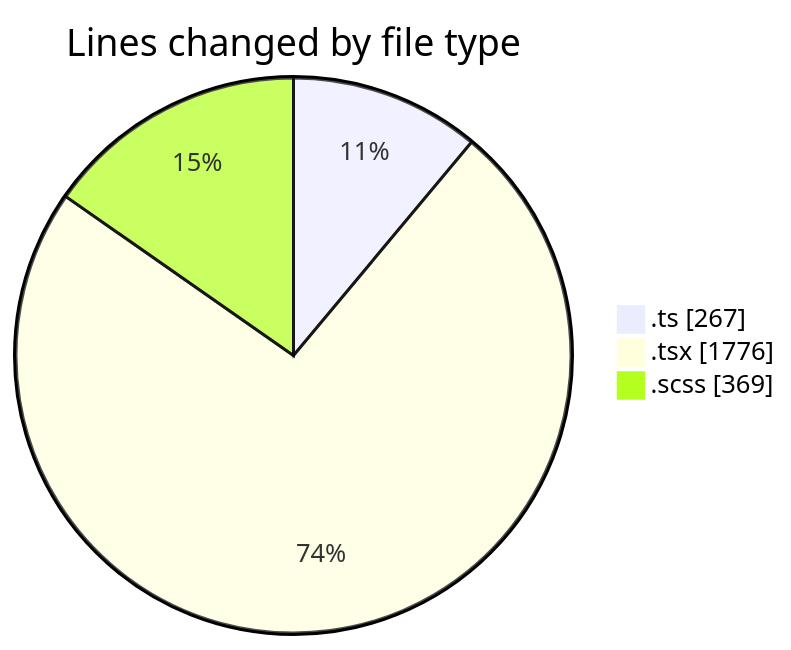
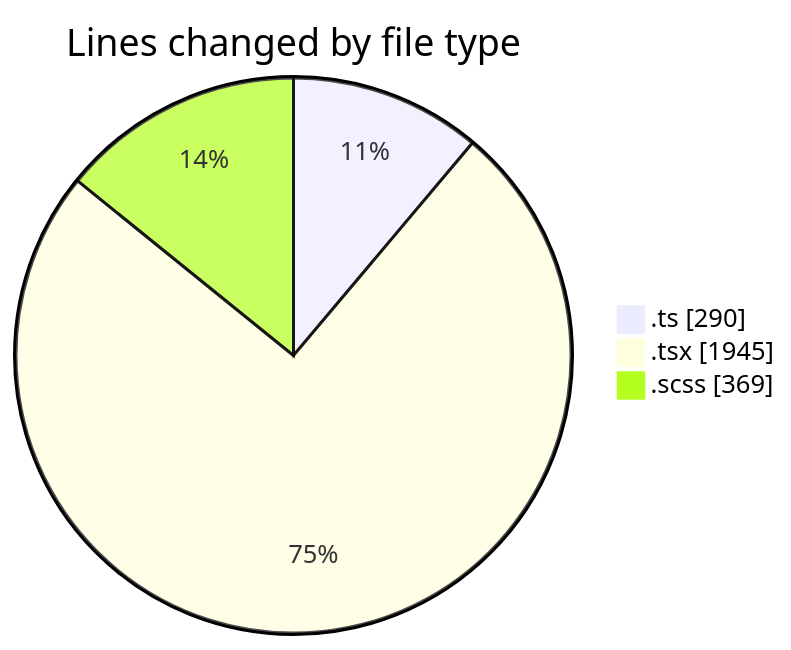
One commit to momahboobian/code-tracking changed the first of 2 diagrams in 2025-05-01/cda/README.md. Above: the diagram before and after it, drawn with Mermaid. The commit also changed other lines of this file and 1 other file, not shown here.

````diff
--- a/2025-05-01/cda/README.md
+++ b/2025-05-01/cda/README.md
@@ -33,7 +35,7 @@
 ```mermaid
 pie showData
 title Lines changed by file type
-".ts" : 267
-".tsx" : 1776
+".ts" : 290
+".tsx" : 1945
 ".scss" : 369
 ```
````
